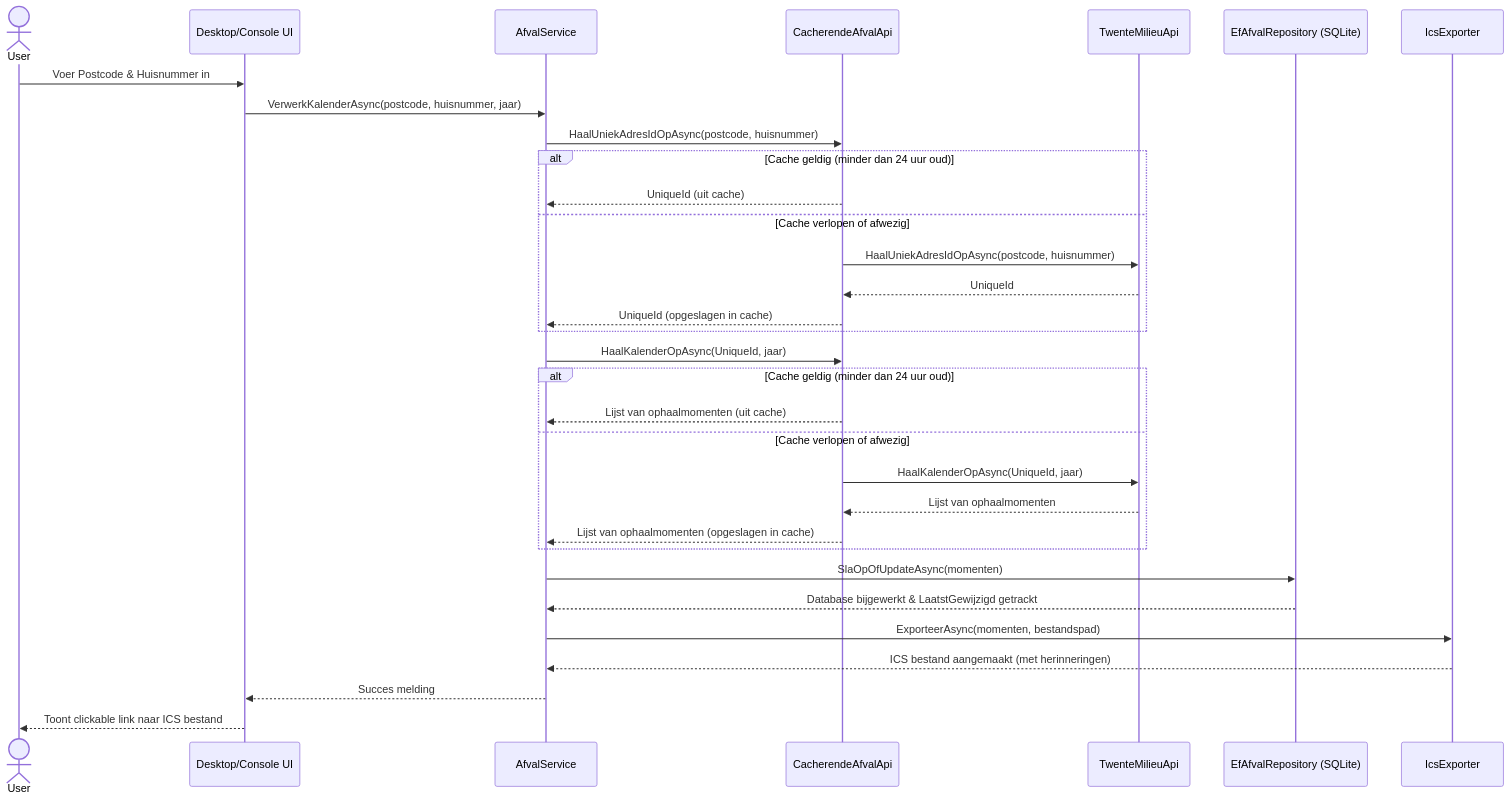
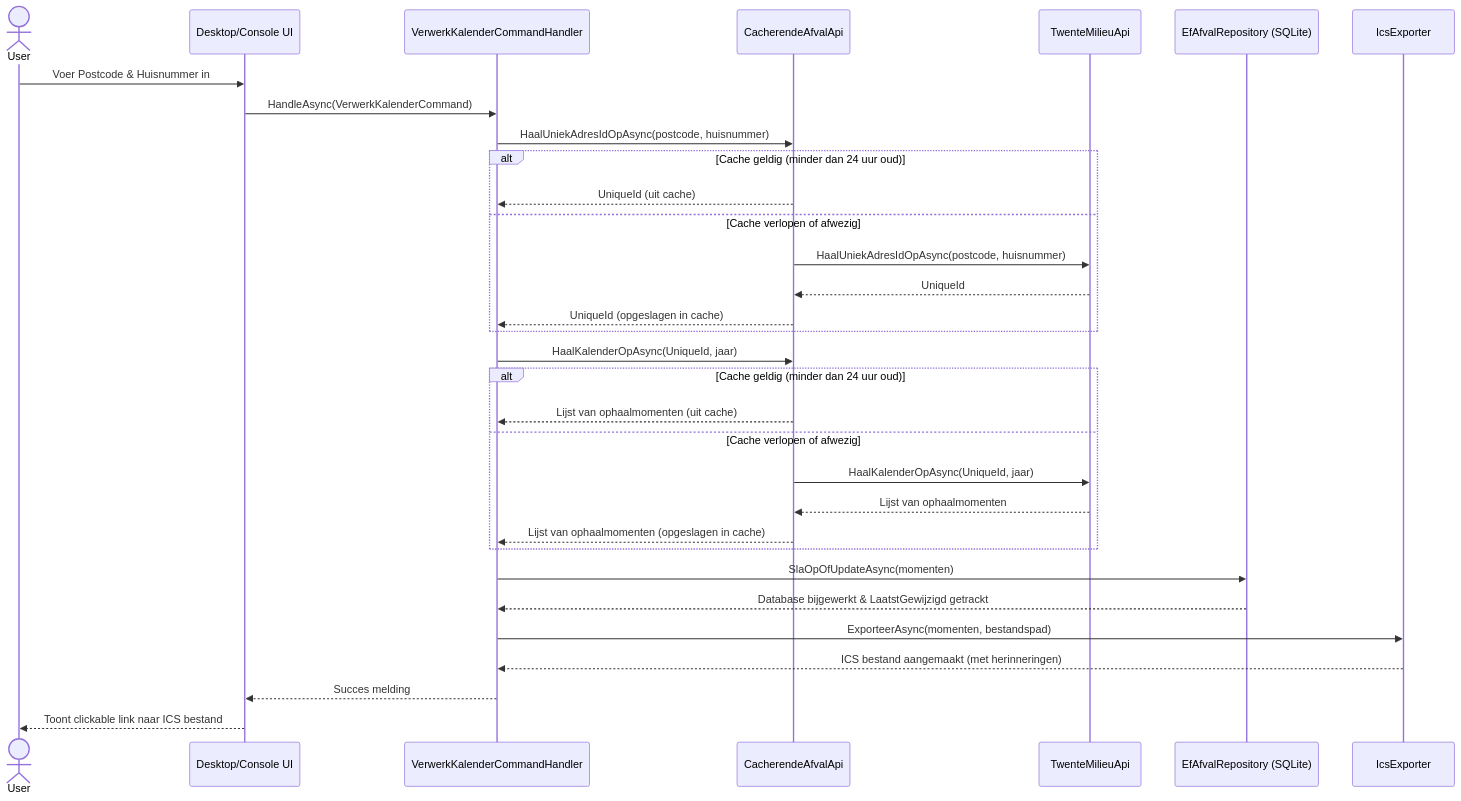
One commit to marvinstorage/AfvalKalender changed the third of 3 diagrams in README.md. Above: the diagram before and after it, drawn with Mermaid. The commit also changed other lines of this file and 11 other files, not shown here.

First line of the commit message:
Introduce light CQRS: ICommandHandler, VerwerkKalenderCommand, handler

````diff
--- a/README.md
+++ b/README.md
@@ -129,35 +132,35 @@
 ```mermaid
 sequenceDiagram
     actor User
     participant UI as Desktop/Console UI
-    participant App as AfvalService
+    participant App as VerwerkKalenderCommandHandler
     participant Cache as CacherendeAfvalApi
     participant API as TwenteMilieuApi
     participant DB as EfAfvalRepository (SQLite)
     participant ICS as IcsExporter
 
     User->>UI: Voer Postcode & Huisnummer in
-    UI->>App: VerwerkKalenderAsync(postcode, huisnummer, jaar)
+    UI->>App: HandleAsync(VerwerkKalenderCommand)
     App->>Cache: HaalUniekAdresIdOpAsync(postcode, huisnummer)
     alt Cache geldig (minder dan 24 uur oud)
         Cache-->>App: UniqueId (uit cache)
     else Cache verlopen of afwezig
         Cache->>API: HaalUniekAdresIdOpAsync(postcode, huisnummer)
         API-->>Cache: UniqueId
         Cache-->>App: UniqueId (opgeslagen in cache)
     end
     App->>Cache: HaalKalenderOpAsync(UniqueId, jaar)
     alt Cache geldig (minder dan 24 uur oud)
         Cache-->>App: Lijst van ophaalmomenten (uit cache)
     else Cache verlopen of afwezig
         Cache->>API: HaalKalenderOpAsync(UniqueId, jaar)
         API-->>Cache: Lijst van ophaalmomenten
         Cache-->>App: Lijst van ophaalmomenten (opgeslagen in cache)
     end
     App->>DB: SlaOpOfUpdateAsync(momenten)
     DB-->>App: Database bijgewerkt & LaatstGewijzigd getrackt
     App->>ICS: ExporteerAsync(momenten, bestandspad)
     ICS-->>App: ICS bestand aangemaakt (met herinneringen)
     App-->>UI: Succes melding
     UI-->>User: Toont clickable link naar ICS bestand
 ```
````
